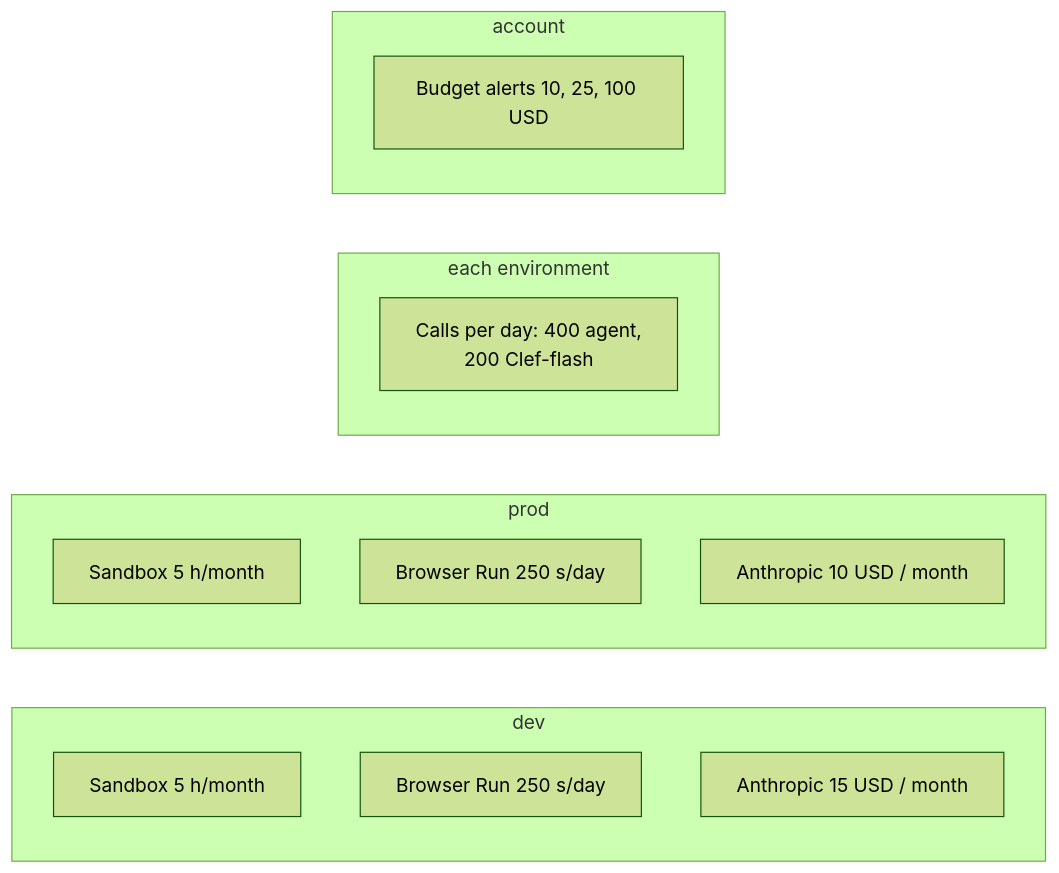
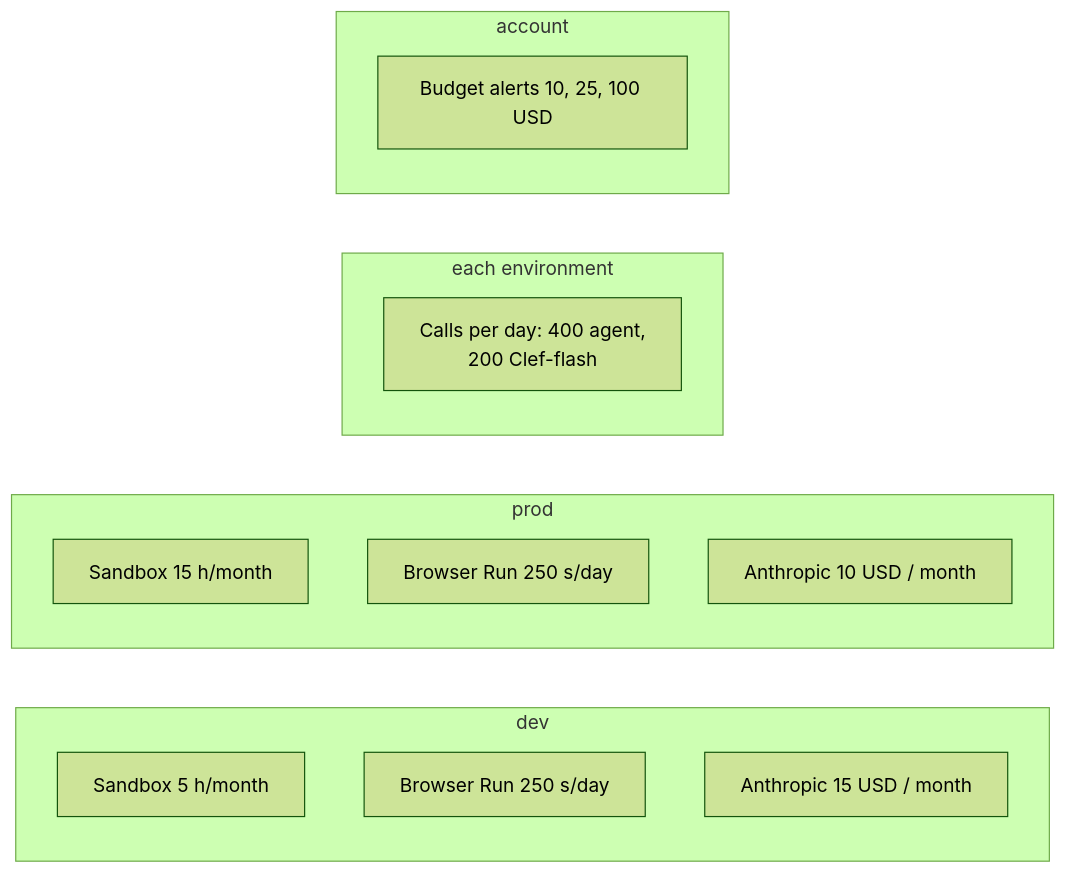
The second of 2 diagrams in docs/operations/costs.md (nsudhanva/rhumbatron), drawn with Mermaid (forest theme) before and after one commit. The commit also changed other lines of this file and 8 other files, not shown here.

````diff
--- a/docs/operations/costs.md
+++ b/docs/operations/costs.md
@@ -46,19 +46,19 @@
 ```mermaid
 flowchart LR
   subgraph dev[dev]
     ds[Sandbox 5 h/month]
     db[Browser Run 250 s/day]
     dv[Anthropic 15 USD / month]
   end
   subgraph prod[prod]
-    ps[Sandbox 5 h/month]
+    ps[Sandbox 15 h/month]
     pb[Browser Run 250 s/day]
     pv[Anthropic 10 USD / month]
   end
   subgraph each[each environment]
     ac[Calls per day: 400 agent,<br/>200 Clef-flash]
   end
   subgraph account[account]
     ab[Budget alerts 10, 25, 100 USD]
   end
 ```
````
